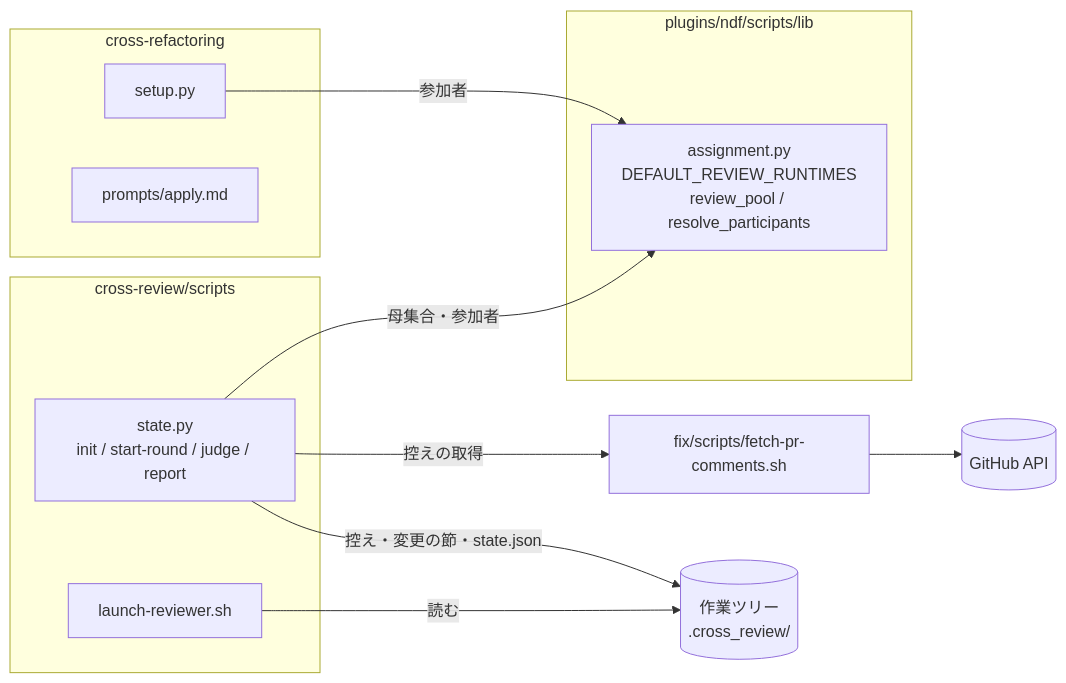
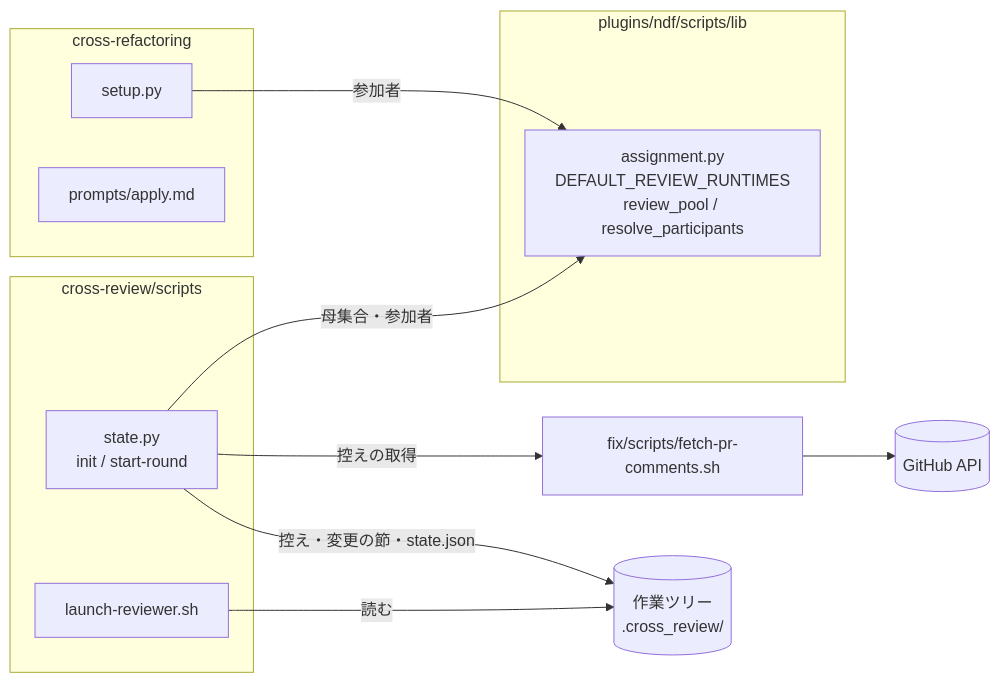
One commit to devbasex/ai-plugins changed the first of 4 diagrams in issues/issue-542-786-design.md. Above: the diagram before and after it, drawn with Mermaid. The commit also changed other lines of this file and 2 other files, not shown here.

````diff
--- a/issues/issue-542-786-design.md
+++ b/issues/issue-542-786-design.md
@@ -70,23 +67,23 @@
 ```mermaid
 graph LR
   subgraph lib["plugins/ndf/scripts/lib"]
     A["assignment.py<br/>DEFAULT_REVIEW_RUNTIMES<br/>review_pool / resolve_participants"]
   end
   subgraph cr["cross-review/scripts"]
-    S["state.py<br/>init / start-round / judge / report"]
+    S["state.py<br/>init / start-round"]
     L["launch-reviewer.sh"]
   end
   subgraph rf["cross-refactoring"]
     SU["setup.py"]
     AP["prompts/apply.md"]
   end
   F["fix/scripts/fetch-pr-comments.sh"]
   G[("GitHub API")]
   W[("作業ツリー<br/>.cross_review/")]
   S -->|母集合・参加者| A
   SU -->|参加者| A
   S -->|控えの取得| F
   F --> G
   S -->|控え・変更の節・state.json| W
   L -->|読む| W
 ```
````
